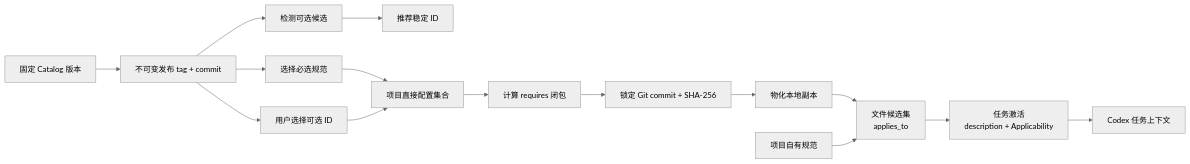
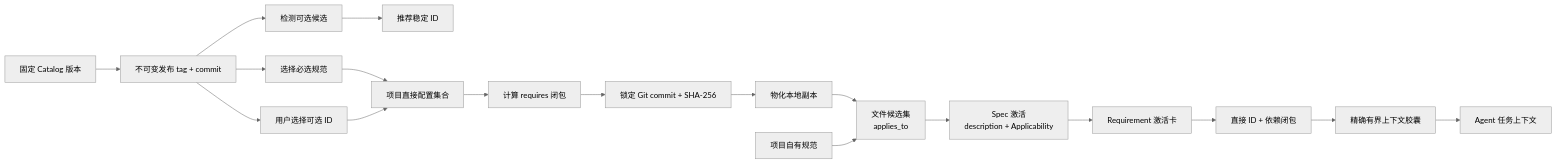
One commit to XiaoWeiKIN/EngineeringSpecifications changed the second of 4 diagrams in docs/specification-model.zh-CN.md. Above: the diagram before and after it, drawn with Mermaid (neutral theme). The commit also changed other lines of this file and 18 other files, not shown here.

````diff
--- a/docs/specification-model.zh-CN.md
+++ b/docs/specification-model.zh-CN.md
@@ -94,17 +98,20 @@
 ```mermaid
 flowchart LR
     Version["固定 Catalog 版本"] --> Catalog["不可变发布 tag + commit"]
     Catalog --> Required["选择必选规范"]
     Catalog --> Detect["检测可选候选"]
     Detect --> Recommend["推荐稳定 ID"]
     Catalog --> Explicit["用户选择可选 ID"]
     Required --> Select["项目直接配置集合"]
     Explicit --> Select
     Select --> Closure["计算 requires 闭包"]
     Closure --> Lock["锁定 Git commit + SHA-256"]
     Lock --> Local["物化本地副本"]
     Local --> Scope["文件候选集<br/>applies_to"]
     Project["项目自有规范"] --> Scope
-    Scope --> Activate["任务激活<br/>description + Applicability"]
-    Activate --> Codex["Codex 任务上下文"]
+    Scope --> Activate["Spec 激活<br/>description + Applicability"]
+    Activate --> Cards["Requirement 激活卡"]
+    Cards --> Requirements["直接 ID + 依赖闭包"]
+    Requirements --> Capsule["精确有界上下文胶囊"]
+    Capsule --> Codex["Agent 任务上下文"]
 ```
````
